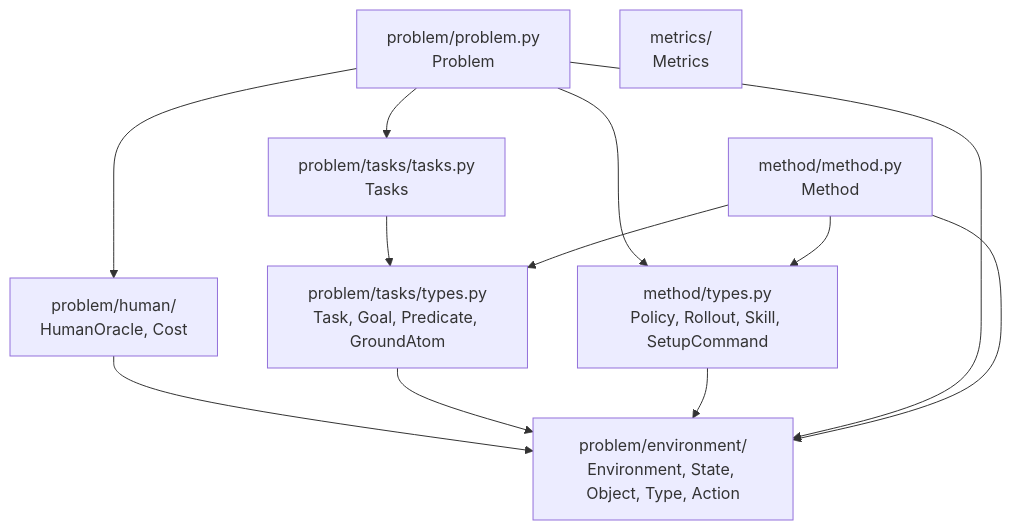
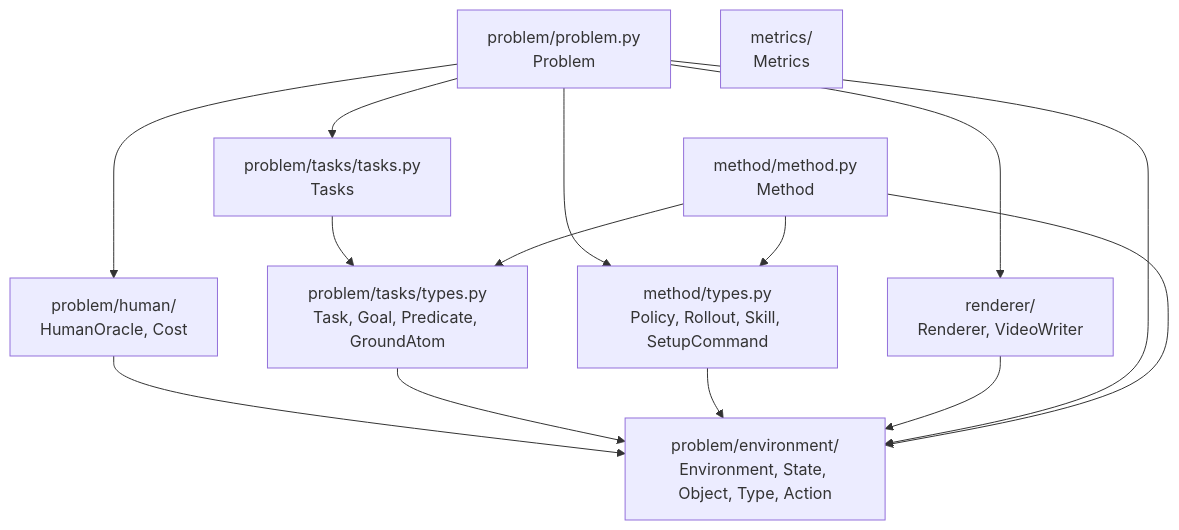
One commit to joshnroy/human-in-the-loop-practice-makes-perfect changed the diagram in src/hitl_pmp/core/README.md. Above: the diagram before and after it, drawn with Mermaid. The commit also changed other lines of this file and 18 other files, not shown here.

First line of the commit message:
Add a rendering framework + Light Switch renderer + --output-dir (video + stats.json) (#5)

````diff
--- a/src/hitl_pmp/core/README.md
+++ b/src/hitl_pmp/core/README.md
@@ -223,23 +260,26 @@
 ```mermaid
 graph TD
     env["problem/environment/<br/>Environment, State, Object, Type, Action"]
     ho["problem/human/<br/>HumanOracle, Cost"]
     tasktypes["problem/tasks/types.py<br/>Task, Goal, Predicate, GroundAtom"]
     tasks["problem/tasks/tasks.py<br/>Tasks"]
     mtypes["method/types.py<br/>Policy, Rollout, Skill, SetupCommand"]
+    renderer["renderer/<br/>Renderer, VideoWriter"]
     problem["problem/problem.py<br/>Problem"]
     method["method/method.py<br/>Method"]
     metrics["metrics/<br/>Metrics"]
 
     ho --> env
     tasktypes --> env
     tasks --> tasktypes
     mtypes --> env
+    renderer --> env
     problem --> env
     problem --> ho
     problem --> tasks
     problem --> mtypes
+    problem --> renderer
     method --> env
     method --> mtypes
     method --> tasktypes
 ```
````
